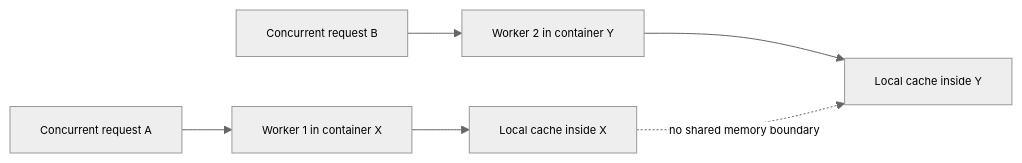
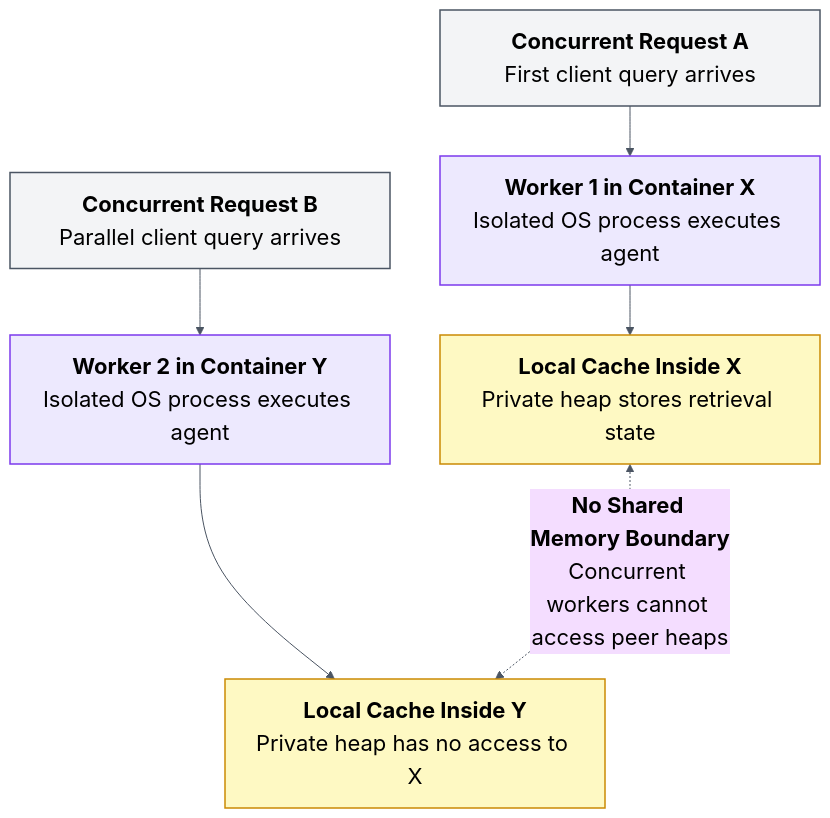
One commit to the-write-path-code/ch10-cloud-agent-patterns changed the diagram in workflow/02-concurrent-workers.md. Above: the diagram before and after it, drawn with Mermaid. The commit also changed other lines of this file and 7 other files, not shown here.

Commit message:
chore(workflow): upgrade diagrams to Wiley-IEEE monograph art and typography specifications

````diff
--- a/workflow/02-concurrent-workers.md
+++ b/workflow/02-concurrent-workers.md
@@ -11,9 +9,19 @@
 ```mermaid
-%%{init: {"theme": "neutral", "themeVariables": {"fontFamily": "Arial, Helvetica, sans-serif", "fontSize": "11px", "actorFontSize": "11px", "noteFontSize": "10px", "messageFontSize": "10px"}}}%%
-flowchart LR
-    A[Concurrent request A] --> B[Worker 1 in container X]
-    C[Concurrent request B] --> D[Worker 2 in container Y]
-    B --> E[Local cache inside X]
-    D --> F[Local cache inside Y]
-    E -.no shared memory boundary.-> F
+%%{init: {"theme": "base", "themeVariables": {"fontFamily": "Arial, Helvetica, sans-serif", "fontSize": "22px", "primaryTextColor": "#000000", "lineColor": "#4B5563"}}}%%
+flowchart TD
+    A["<div style='min-width: 320px;'><b>Concurrent Request A</b><br/>First client query arrives</div>"] --> B["<div style='min-width: 320px;'><b>Worker 1 in Container X</b><br/>Isolated OS process executes agent</div>"]
+    B --> E["<div style='min-width: 320px;'><b>Local Cache Inside X</b><br/>Private heap stores retrieval state</div>"]
+
+    C["<div style='min-width: 320px;'><b>Concurrent Request B</b><br/>Parallel client query arrives</div>"] --> D["<div style='min-width: 320px;'><b>Worker 2 in Container Y</b><br/>Isolated OS process executes agent</div>"]
+    D --> F["<div style='min-width: 320px;'><b>Local Cache Inside Y</b><br/>Private heap has no access to X</div>"]
+
+    E <-.->|"<b>No Shared Memory Boundary</b><br/>Concurrent workers cannot access peer heaps"| F
+
+    classDef req fill:#F3F4F6,stroke:#4B5563,color:#000000,stroke-width:1.5px
+    classDef worker fill:#EDE9FE,stroke:#7C3AED,color:#000000,stroke-width:1.5px
+    classDef cache fill:#FEF9C3,stroke:#CA8A04,color:#000000,stroke-width:1.5px
+
+    class A,C req
+    class B,D worker
+    class E,F cache
 ```
````
